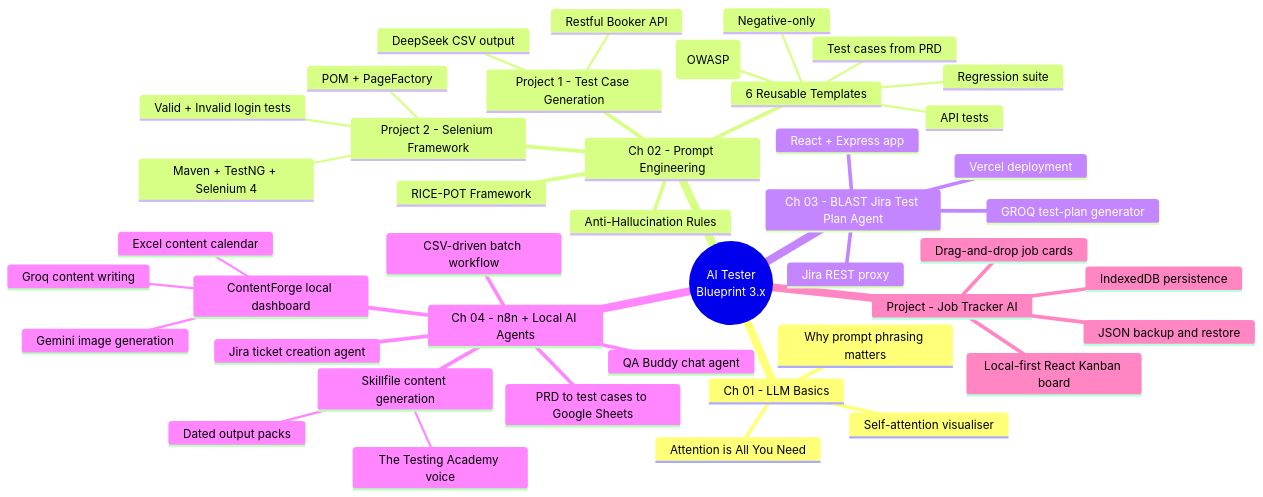
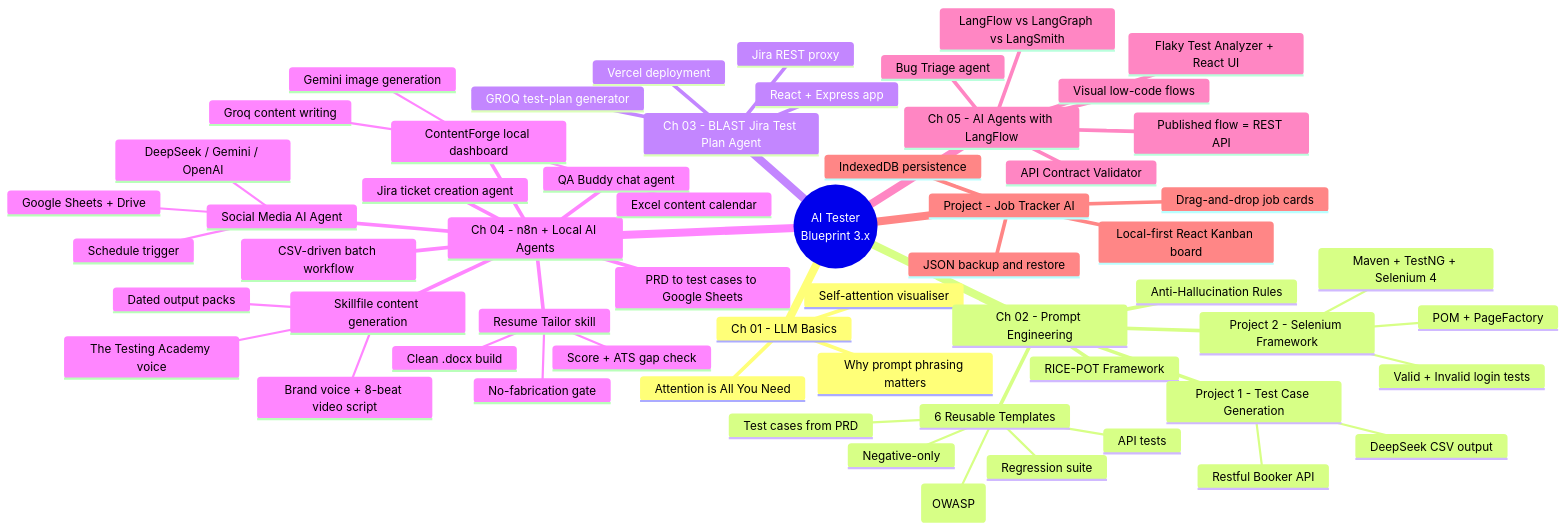
One commit to Gurpreet-it/AI-Test changed the first of 7 diagrams in README.md. Above: the diagram before and after it, drawn with Mermaid. The commit also changed other lines of this file and 11 other files, not shown here.

First line of the commit message:
feat: add ch05 LangFlow agents and ch04 skills

````diff
--- a/README.md
+++ b/README.md
@@ -14,46 +14,62 @@
 ```mermaid
 mindmap
   root((AI Tester<br/>Blueprint 3.x))
     Ch 01 - LLM Basics
       Attention is All You Need
       Self-attention visualiser
       Why prompt phrasing matters
     Ch 02 - Prompt Engineering
       Anti-Hallucination Rules
       RICE-POT Framework
       Project 1 - Test Case Generation
         Restful Booker API
         DeepSeek CSV output
       Project 2 - Selenium Framework
         Maven + TestNG + Selenium 4
         POM + PageFactory
         Valid + Invalid login tests
       6 Reusable Templates
         Test cases from PRD
         API tests
         Negative-only
         Security (OWASP)
         Regression suite
     Ch 03 - BLAST Jira Test Plan Agent
       React + Express app
       Jira REST proxy
       GROQ test-plan generator
       Vercel deployment
     Ch 04 - n8n + Local AI Agents
       QA Buddy chat agent
       Jira ticket creation agent
       PRD to test cases to Google Sheets
       CSV-driven batch workflow
       ContentForge local dashboard
         Groq content writing
         Gemini image generation
         Excel content calendar
       Skillfile content generation
         The Testing Academy voice
+        Brand voice + 8-beat video script
         Dated output packs
+      Social Media AI Agent
+        Schedule trigger
+        DeepSeek / Gemini / OpenAI
+        Google Sheets + Drive
+      Resume Tailor skill
+        Score + ATS gap check
+        No-fabrication gate
+        Clean .docx build
+    Ch 05 - AI Agents with LangFlow
+      Visual low-code flows
+      Published flow = REST API
+      Flaky Test Analyzer + React UI
+      API Contract Validator
+      Bug Triage agent
+      LangFlow vs LangGraph vs LangSmith
     Project - Job Tracker AI
       Local-first React Kanban board
       IndexedDB persistence
       Drag-and-drop job cards
       JSON backup and restore
 ```
````
